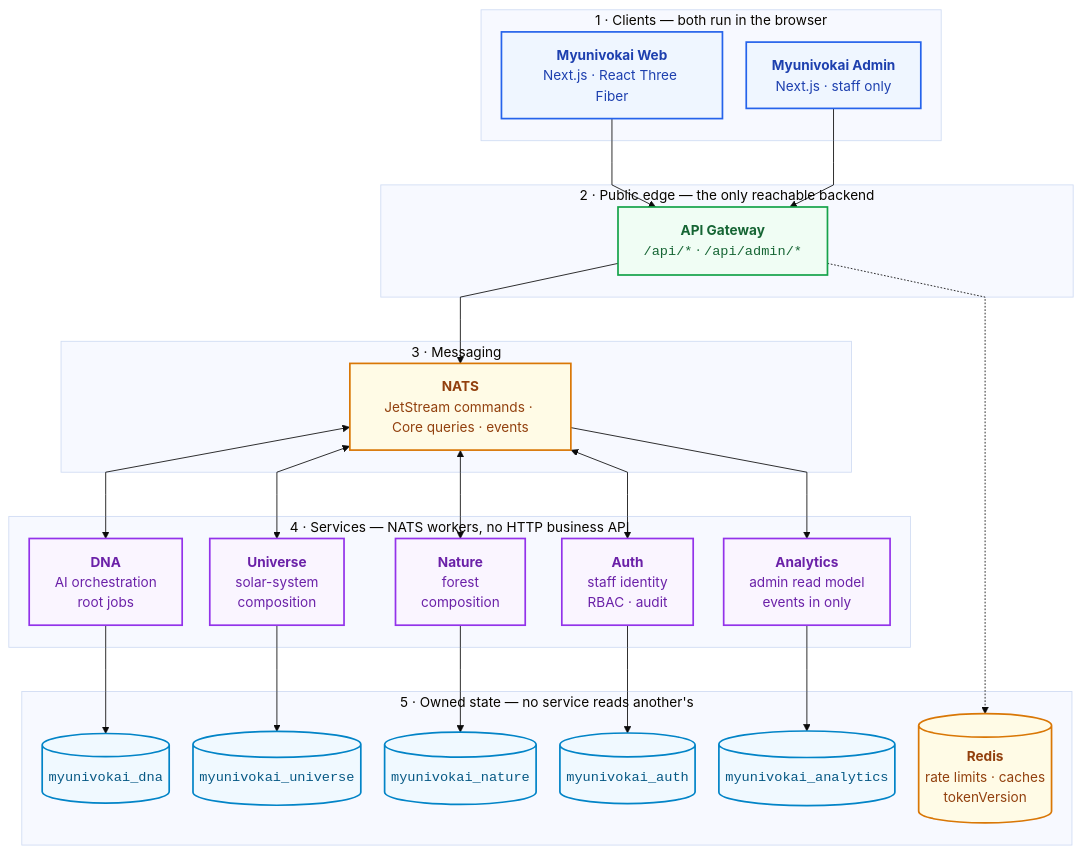
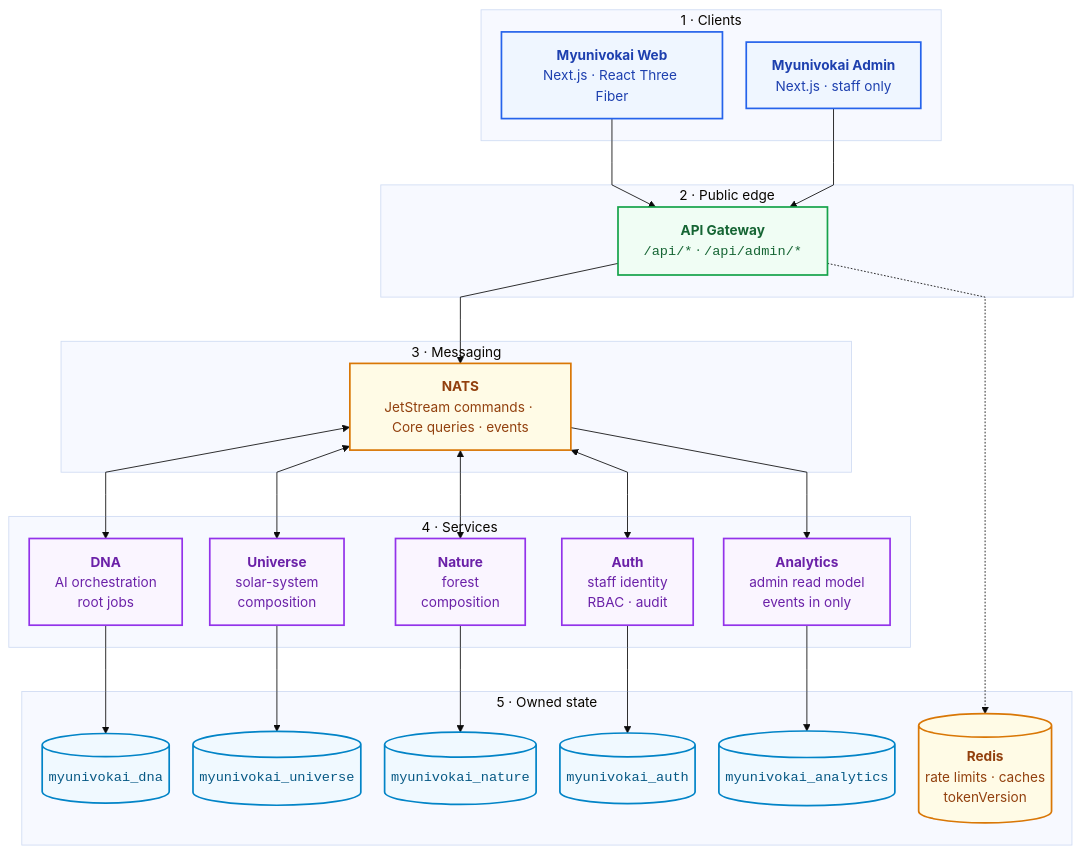
The first of 2 diagrams in README.md (TuanTran0168/myunivokai), drawn with Mermaid (base theme) before and after one commit. The commit also changed other lines of this file and 11 other files, not shown here.

````diff
--- a/README.md
+++ b/README.md
@@ -17,57 +17,57 @@
 ```mermaid
 %%{init: {"flowchart": {"curve": "linear", "nodeSpacing": 28, "rankSpacing": 52}}}%%
 flowchart TB
   classDef clientStyle fill:#eff6ff,stroke:#2563eb,stroke-width:2px,color:#1e40af;
   classDef edgeStyle fill:#f0fdf4,stroke:#16a34a,stroke-width:2px,color:#166534;
   classDef infraStyle fill:#fffbe6,stroke:#d97706,stroke-width:2px,color:#92400e;
   classDef domainStyle fill:#faf5ff,stroke:#9333ea,stroke-width:2px,color:#6b21a8;
   classDef dbStyle fill:#f0f9ff,stroke:#0284c7,stroke-width:2px,color:#075985;
 
-  subgraph L1 ["1 · Clients — both run in the browser"]
+  subgraph L1 ["1 · Clients"]
     web["<b>Myunivokai Web</b><br/>Next.js · React Three Fiber"]:::clientStyle
     admin["<b>Myunivokai Admin</b><br/>Next.js · staff only"]:::clientStyle
   end
 
-  subgraph L2 ["2 · Public edge — the only reachable backend"]
+  subgraph L2 ["2 · Public edge"]
     gateway["<b>API Gateway</b><br/><code>/api/*</code> · <code>/api/admin/*</code>"]:::edgeStyle
   end
 
   subgraph L3 ["3 · Messaging"]
     nats["<b>NATS</b><br/>JetStream commands · Core queries · events"]:::infraStyle
   end
 
-  subgraph L4 ["4 · Services — NATS workers, no HTTP business API"]
+  subgraph L4 ["4 · Services"]
     dna["<b>DNA</b><br/>AI orchestration<br/>root jobs"]:::domainStyle
     universe["<b>Universe</b><br/>solar-system<br/>composition"]:::domainStyle
     nature["<b>Nature</b><br/>forest<br/>composition"]:::domainStyle
     auth["<b>Auth</b><br/>staff identity<br/>RBAC · audit"]:::domainStyle
     analytics["<b>Analytics</b><br/>admin read model<br/>events in only"]:::domainStyle
   end
 
-  subgraph L5 ["5 · Owned state — no service reads another's"]
+  subgraph L5 ["5 · Owned state"]
     dnaDatabase[("<code>myunivokai_dna</code>")]:::dbStyle
     universeDatabase[("<code>myunivokai_universe</code>")]:::dbStyle
     natureDatabase[("<code>myunivokai_nature</code>")]:::dbStyle
     authDatabase[("<code>myunivokai_auth</code>")]:::dbStyle
     analyticsDatabase[("<code>myunivokai_analytics</code>")]:::dbStyle
     redis[("<b>Redis</b><br/>rate limits · caches<br/>tokenVersion")]:::infraStyle
   end
 
   web --> gateway
   admin --> gateway
 
   gateway --> nats
   gateway -.-> redis
 
   nats <--> dna
   nats <--> universe
   nats <--> nature
   nats <--> auth
   nats --> analytics
 
   dna --> dnaDatabase
   universe --> universeDatabase
   nature --> natureDatabase
   auth --> authDatabase
   analytics --> analyticsDatabase
 ```
````
